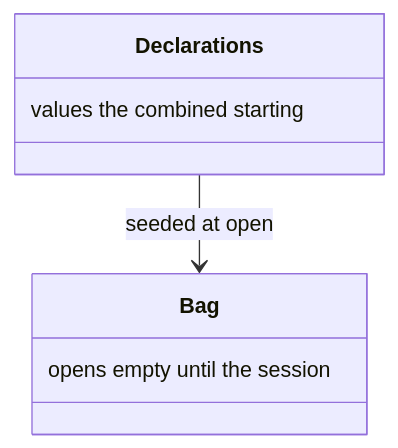
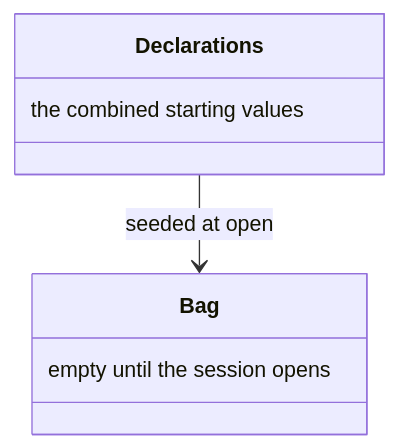
The eighth of 36 diagrams in docs/state.md (m2ux/workflow-server), drawn with Mermaid before and after one commit. The commit also changed other lines of this file and 10 other files, not shown here.

Commit message:
Write each class-box note in reading order so the diagram shows the phrase as written.

````diff
--- a/docs/state.md
+++ b/docs/state.md
@@ -136,10 +136,10 @@
 ```mermaid
 classDiagram
   class Declarations {
-    values the combined starting
+    the combined starting values
   }
   class Bag {
-    opens empty until the session
+    empty until the session opens
   }
   Declarations --> Bag : seeded at open
 ```
````
